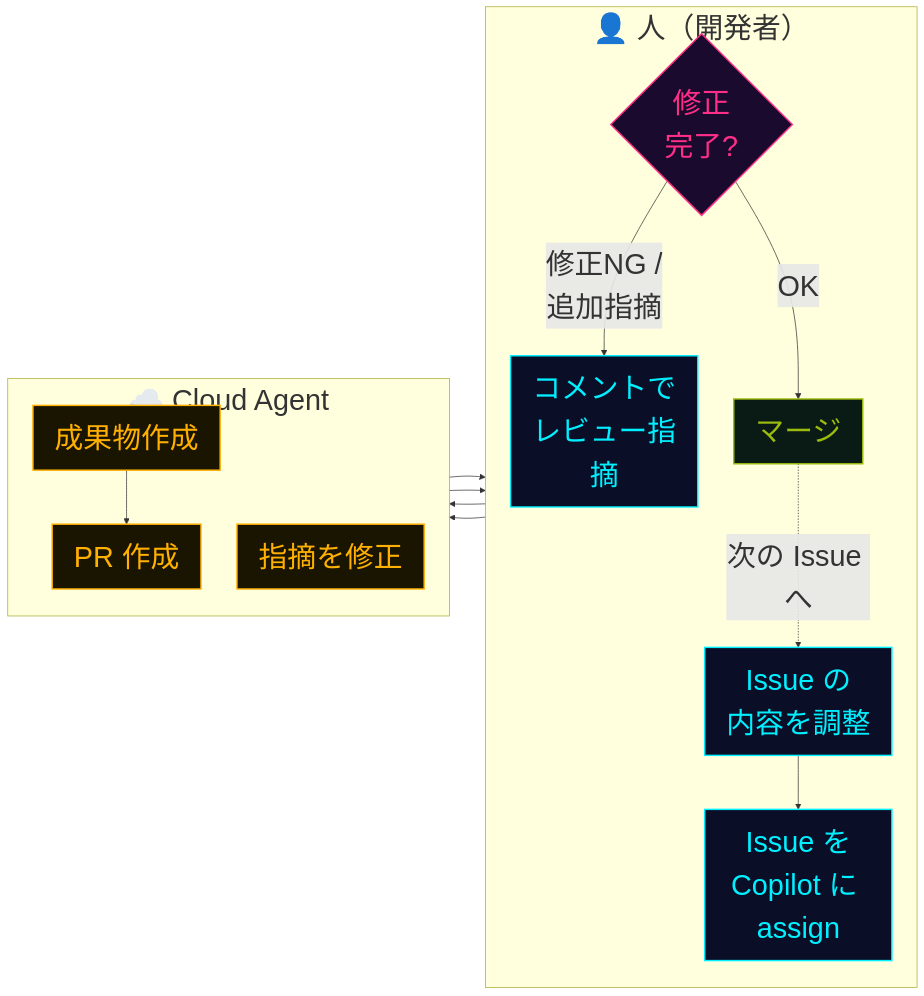
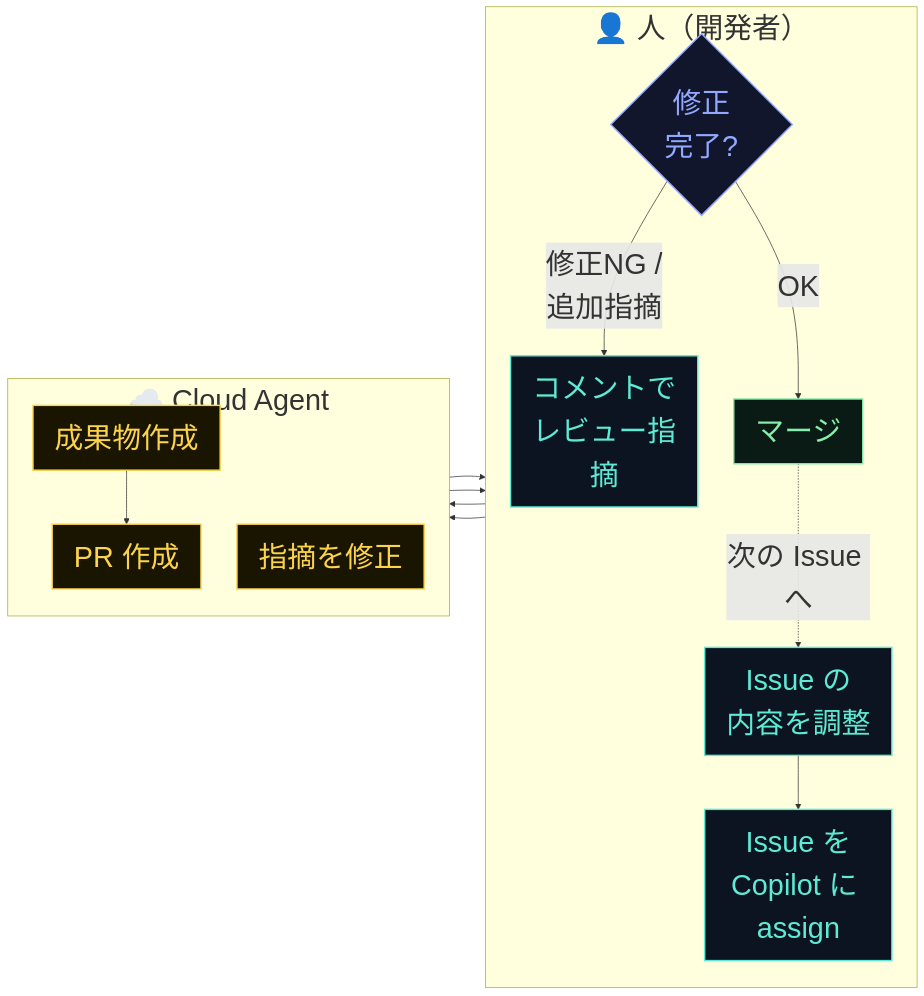
The diagram in src/content/playbook/ja/cloud-agent.md (theomonfort/theomonfort), drawn with Mermaid before and after one commit. The commit also changed other lines of this file and 607 other files, not shown here.

````diff
--- a/src/content/playbook/ja/cloud-agent.md
+++ b/src/content/playbook/ja/cloud-agent.md
@@ -151,38 +151,38 @@
 ```mermaid
 %%{init: {'themeVariables': {'fontSize': '40px'}}}%%
 flowchart LR
   subgraph Human["👤 人（開発者）"]
     direction TB
     A["Issue の<br/>内容を調整"]
     B["Issue を<br/>Copilot に assign"]
     C["コメントで<br/>レビュー指摘"]
     D{"修正<br/>完了?"}
     M["マージ"]
     A --> B
   end
 
   subgraph Copilot["☁️ Cloud Agent"]
     direction TB
     E["成果物作成"]
     F["PR 作成"]
     G["指摘を修正"]
     E --> F
   end
 
   B --> E
   F --> C
   C --> G
   G --> D
   D -->|"修正NG /<br/>追加指摘"| C
   D -->|"OK"| M
   M -.->|"次の Issue へ"| A
 
-  classDef human fill:#0a0e27,stroke:#00f0ff,color:#00f0ff,stroke-width:2px
-  classDef agent fill:#1a1500,stroke:#ffb000,color:#ffb000,stroke-width:2px
-  classDef decide fill:#1a0a2e,stroke:#ff2e88,color:#ff2e88,stroke-width:2px
-  classDef done fill:#0a1a14,stroke:#9bbc0f,color:#9bbc0f,stroke-width:2px
+  classDef human fill:#0b1420,stroke:#5eead4,color:#5eead4,stroke-width:2px
+  classDef agent fill:#1a1500,stroke:#fcd34d,color:#fcd34d,stroke-width:2px
+  classDef decide fill:#11162c,stroke:#93a8ff,color:#93a8ff,stroke-width:2px
+  classDef done fill:#0a1a14,stroke:#86efac,color:#86efac,stroke-width:2px
   class A,B,C human
   class E,F,G agent
   class D decide
   class M done
 ```
````
